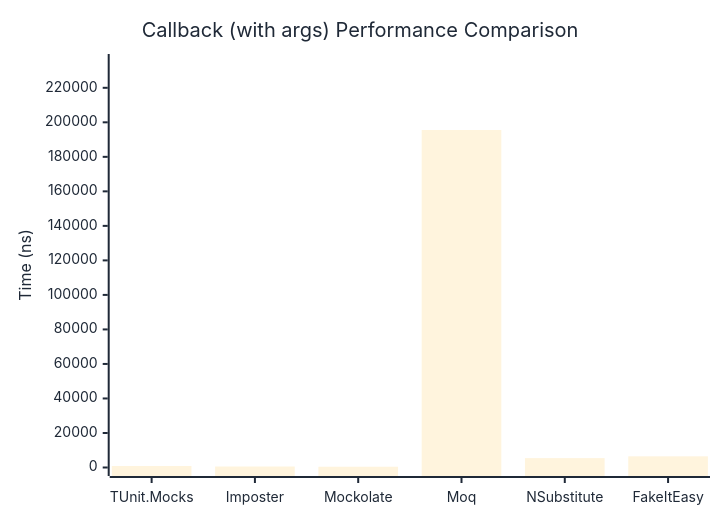
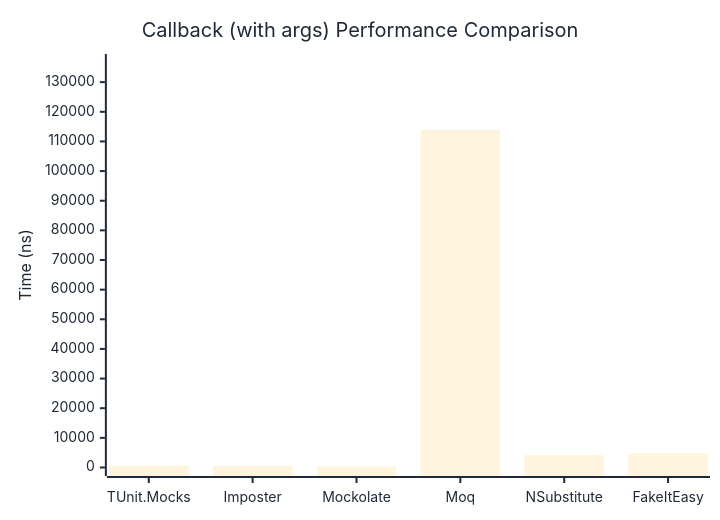
Before and after one commit to thomhurst/TUnit: the second of 2 diagrams in docs/docs/benchmarks/mocks/Callback.md, drawn with Mermaid. The commit also changed other lines of this file and 14 other files, not shown here.

````diff
--- a/docs/docs/benchmarks/mocks/Callback.md
+++ b/docs/docs/benchmarks/mocks/Callback.md
@@ -71,27 +71,27 @@
 ```mermaid
 %%{init: {
   'theme':'base',
   'themeVariables': {
     'primaryColor': '#2563eb',
     'primaryTextColor': '#1f2937',
     'primaryBorderColor': '#1e40af',
     'lineColor': '#6b7280',
     'secondaryColor': '#7c3aed',
     'tertiaryColor': '#dc2626',
     'background': '#ffffff',
     'pie1': '#2563eb',
     'pie2': '#7c3aed',
     'pie3': '#dc2626',
     'pie4': '#f59e0b',
     'pie5': '#10b981',
     'pie6': '#06b6d4',
     'pie7': '#ec4899',
     'pie8': '#6366f1'
   }
 }}%%
 xychart-beta
   title "Callback (with args) Performance Comparison"
   x-axis ["TUnit.Mocks", "Imposter", "Mockolate", "Moq", "NSubstitute", "FakeItEasy"]
-  y-axis "Time (ns)" 0 --> 234659
-  bar [882.7, 577.7, 439.4, 195548.9, 5440.6, 6467.7]
+  y-axis "Time (ns)" 0 --> 136628
+  bar [658.5, 470.7, 321.4, 113856.5, 4167, 4851.8]
 ```
````
